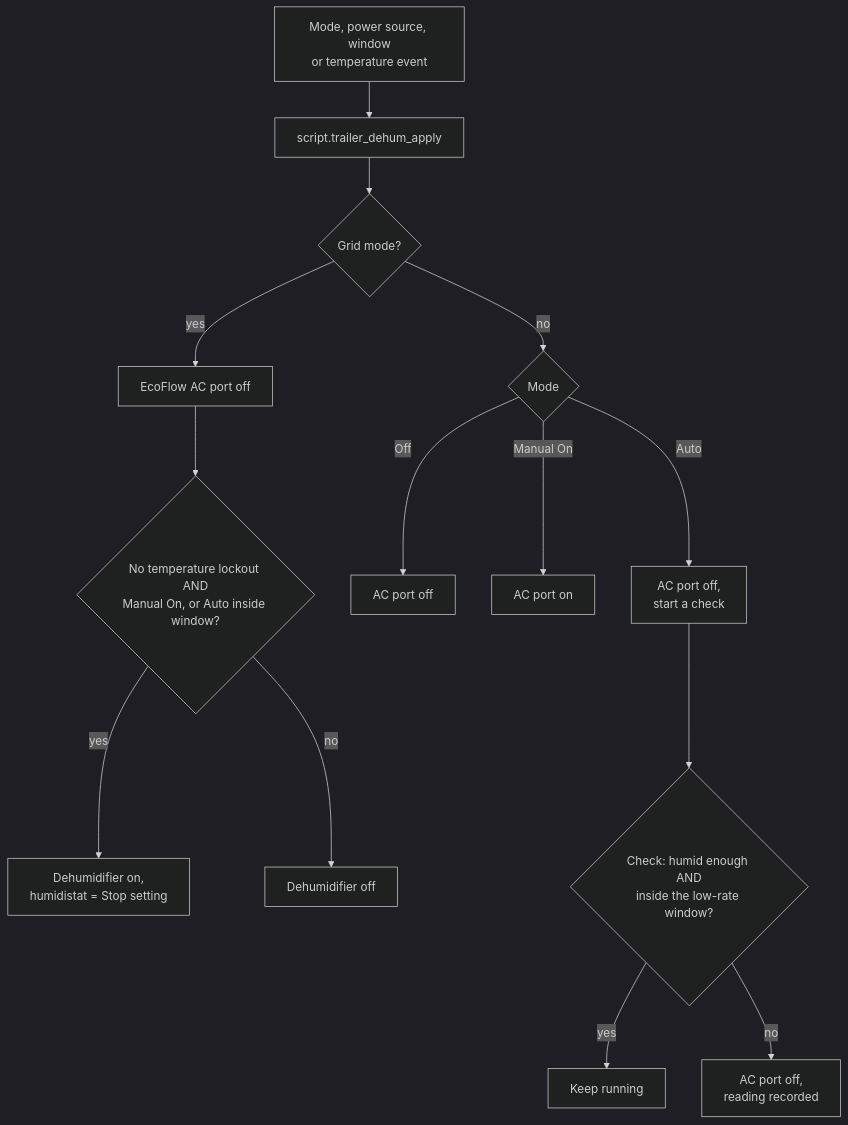
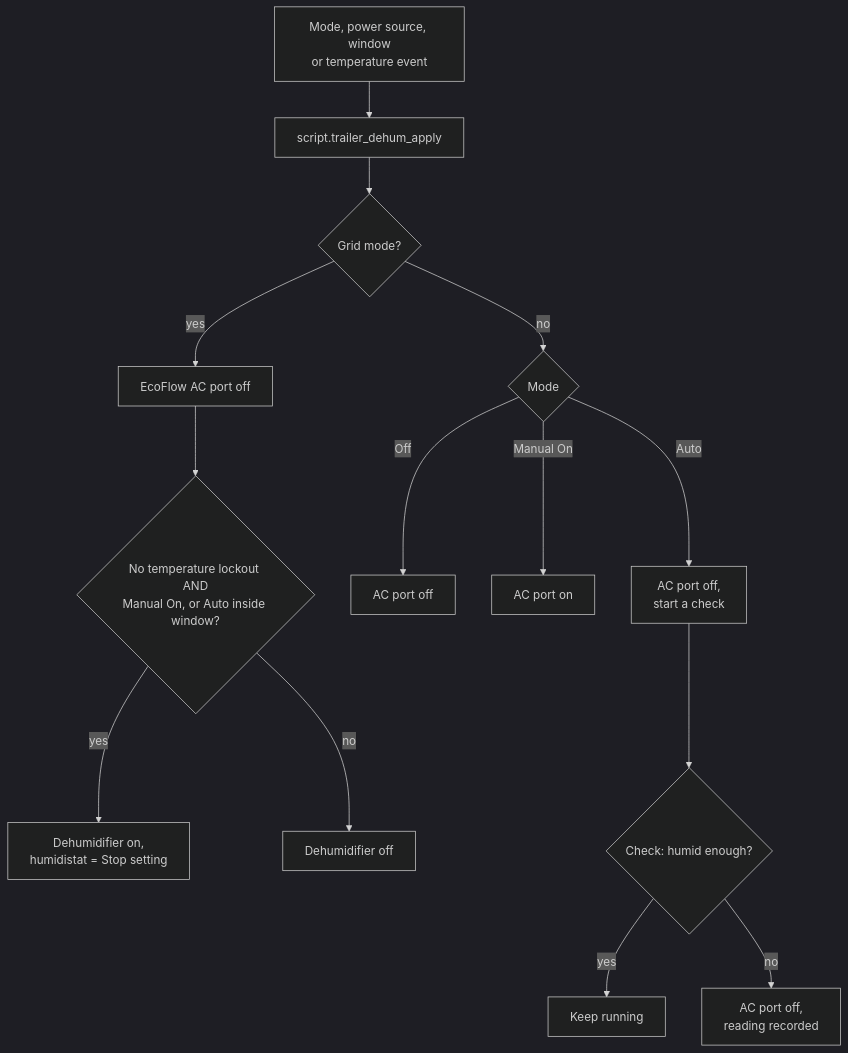
Before and after one commit to sackingerg/Tuya-Dehumidifier-Solar-Automation: the diagram in docs/how-it-works.md, drawn with Mermaid (dark theme). The commit also changed other lines of this file and 7 other files, not shown here.

````diff
--- a/docs/how-it-works.md
+++ b/docs/how-it-works.md
@@ -20,16 +20,16 @@
 ```mermaid
 flowchart TD
     A[Mode, power source, window<br/>or temperature event] --> B[script.trailer_dehum_apply]
     B --> C{Grid mode?}
     C -- yes --> D[EcoFlow AC port off]
     D --> E{No temperature lockout AND<br/>Manual On, or Auto inside window?}
     E -- yes --> F[Dehumidifier on,<br/>humidistat = Stop setting]
     E -- no --> G[Dehumidifier off]
     C -- no --> J{Mode}
     J -- Off --> K[AC port off]
     J -- Manual On --> L[AC port on]
     J -- Auto --> M[AC port off,<br/>start a check]
-    M --> N{Check: humid enough AND<br/>inside the low-rate window?}
+    M --> N{Check: humid enough?}
     N -- yes --> P[Keep running]
     N -- no --> O[AC port off,<br/>reading recorded]
 ```
````
